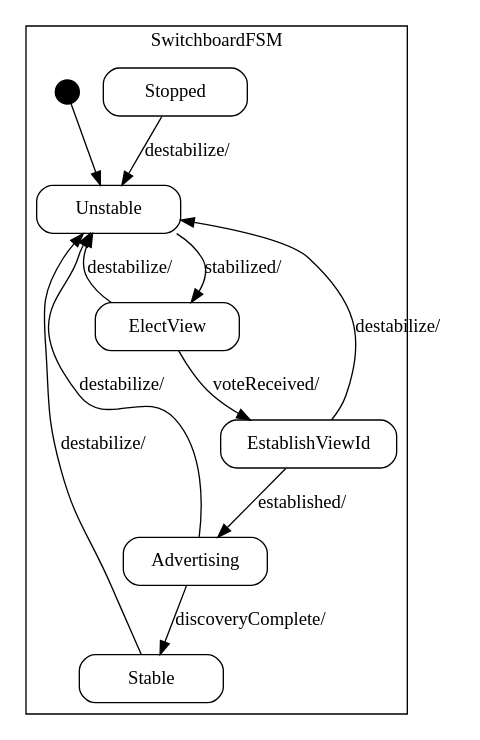
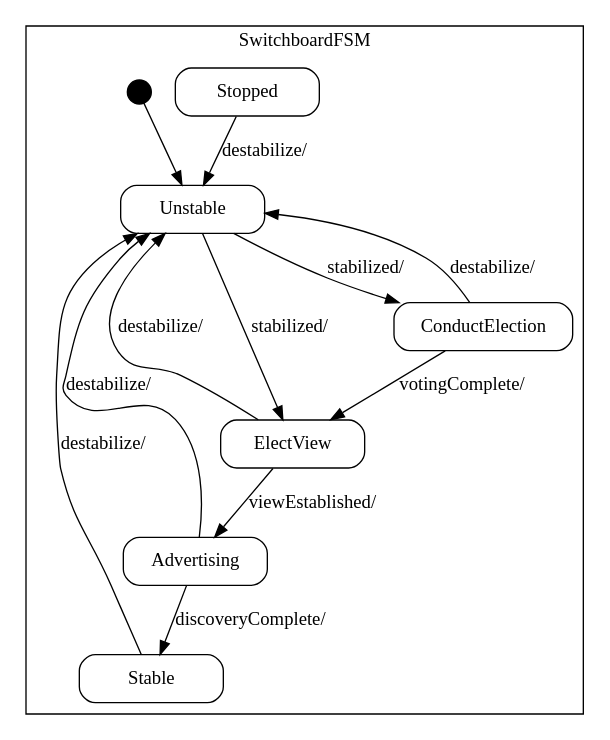
The diagram in common/doc/Switchboard_sm.dot (vmehra-sfdc/Ouroboros), drawn with Graphviz before and after one commit. The commit also changed 5 other files, not shown here.

Commit message:
Use a more efficient and stable voting strategy to establish new views.

```diff
--- a/common/doc/Switchboard_sm.dot
+++ b/common/doc/Switchboard_sm.dot
@@ -1,69 +1,72 @@
 digraph Switchboard {
 
     node
         [shape=Mrecord width=1.5];
 
     subgraph cluster_SwitchboardFSM {
 
         label="SwitchboardFSM";
 
         //
         // States (Nodes)
         //
 
         "SwitchboardFSM::Unstable"
             [label="{Unstable}"];
 
         "SwitchboardFSM::Stable"
             [label="{Stable}"];
 
         "SwitchboardFSM::ElectView"
             [label="{ElectView}"];
 
-        "SwitchboardFSM::EstablishViewId"
-            [label="{EstablishViewId}"];
+        "SwitchboardFSM::ConductElection"
+            [label="{ConductElection}"];
 
         "SwitchboardFSM::Advertising"
             [label="{Advertising}"];
 
         "SwitchboardFSM::Stopped"
             [label="{Stopped}"];
 
         "%start"
             [label="" shape=circle style=filled fillcolor=black width=0.25];
 
         //
         // Transitions (Edges)
         //
 
+        "SwitchboardFSM::Unstable" -> "SwitchboardFSM::ConductElection"
+            [label="stabilized/\l"];
+
         "SwitchboardFSM::Unstable" -> "SwitchboardFSM::ElectView"
             [label="stabilized/\l"];
 
         "SwitchboardFSM::Stable" -> "SwitchboardFSM::Unstable"
             [label="destabilize/\l"];
 
-        "SwitchboardFSM::ElectView" -> "SwitchboardFSM::EstablishViewId"
-            [label="voteReceived/\l"];
+        "SwitchboardFSM::ElectView" -> "SwitchboardFSM::Advertising"
+            [label="viewEstablished/\l"];
 
         "SwitchboardFSM::ElectView" -> "SwitchboardFSM::Unstable"
             [label="destabilize/\l"];
 
-        "SwitchboardFSM::EstablishViewId" -> "SwitchboardFSM::Advertising"
-            [label="established/\l"];
+        "SwitchboardFSM::ConductElection" -> "SwitchboardFSM::ElectView"
+            [label="votingComplete/\l"];
 
-        "SwitchboardFSM::EstablishViewId" -> "SwitchboardFSM::Unstable"
+        "SwitchboardFSM::ConductElection" -> "SwitchboardFSM::Unstable"
             [label="destabilize/\l"];
 
         "SwitchboardFSM::Advertising" -> "SwitchboardFSM::Stable"
             [label="discoveryComplete/\l"];
 
         "SwitchboardFSM::Advertising" -> "SwitchboardFSM::Unstable"
             [label="destabilize/\l"];
 
         "SwitchboardFSM::Stopped" -> "SwitchboardFSM::Unstable"
             [label="destabilize/\l"];
 
         "%start" -> "SwitchboardFSM::Unstable"
     }
 
 }
```
